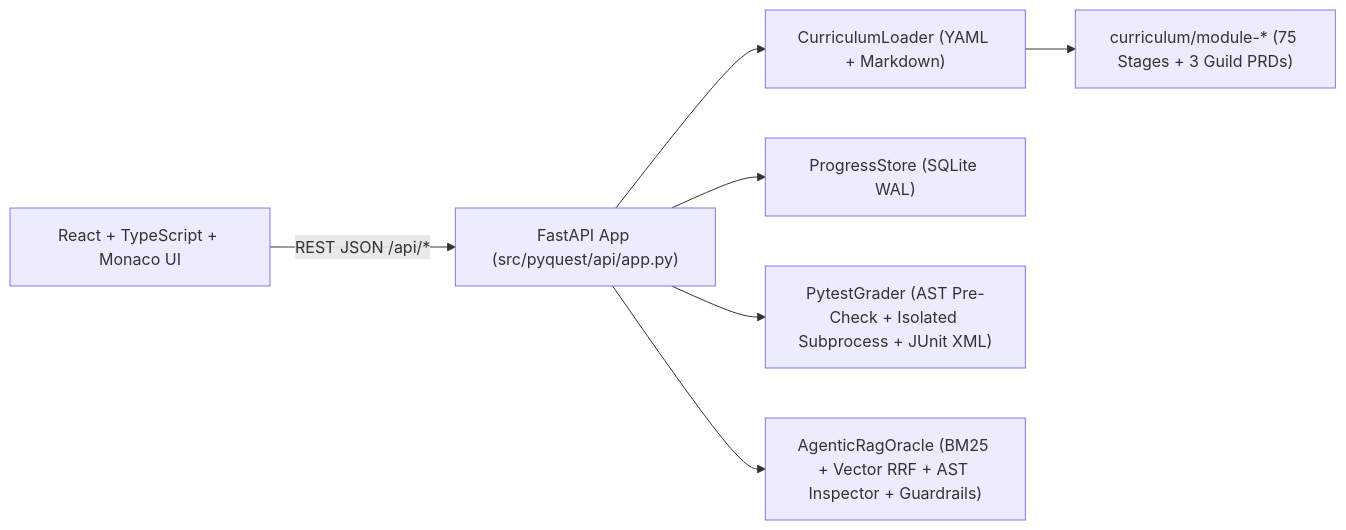
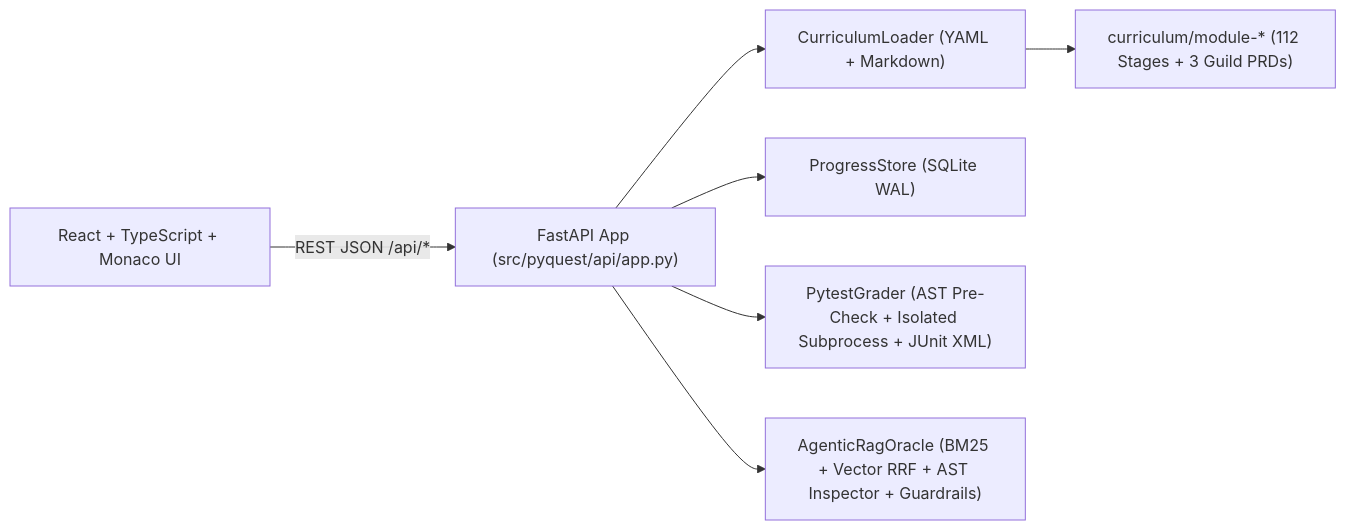
One commit to momarinho/python-terminal-quest changed the diagram in README.md. Above: the diagram before and after it, drawn with Mermaid. The commit also changed other lines of this file, not shown here.

Commit message:
docs(readme): add portfolio badges and architectural trade-offs & RAG benchmark table

````diff
--- a/README.md
+++ b/README.md
@@ -11,9 +18,9 @@
 ```mermaid
 flowchart LR
     UI["React + TypeScript + Monaco UI"] -->|REST JSON /api/*| API["FastAPI App (src/pyquest/api/app.py)"]
     API --> Loader["CurriculumLoader (YAML + Markdown)"]
     API --> Store["ProgressStore (SQLite WAL)"]
     API --> Grader["PytestGrader (AST Pre-Check + Isolated Subprocess + JUnit XML)"]
     API --> Oracle["AgenticRagOracle (BM25 + Vector RRF + AST Inspector + Guardrails)"]
-    Loader --> Disk["curriculum/module-* (75 Stages + 3 Guild PRDs)"]
+    Loader --> Disk["curriculum/module-* (112 Stages + 3 Guild PRDs)"]
 ```
````
